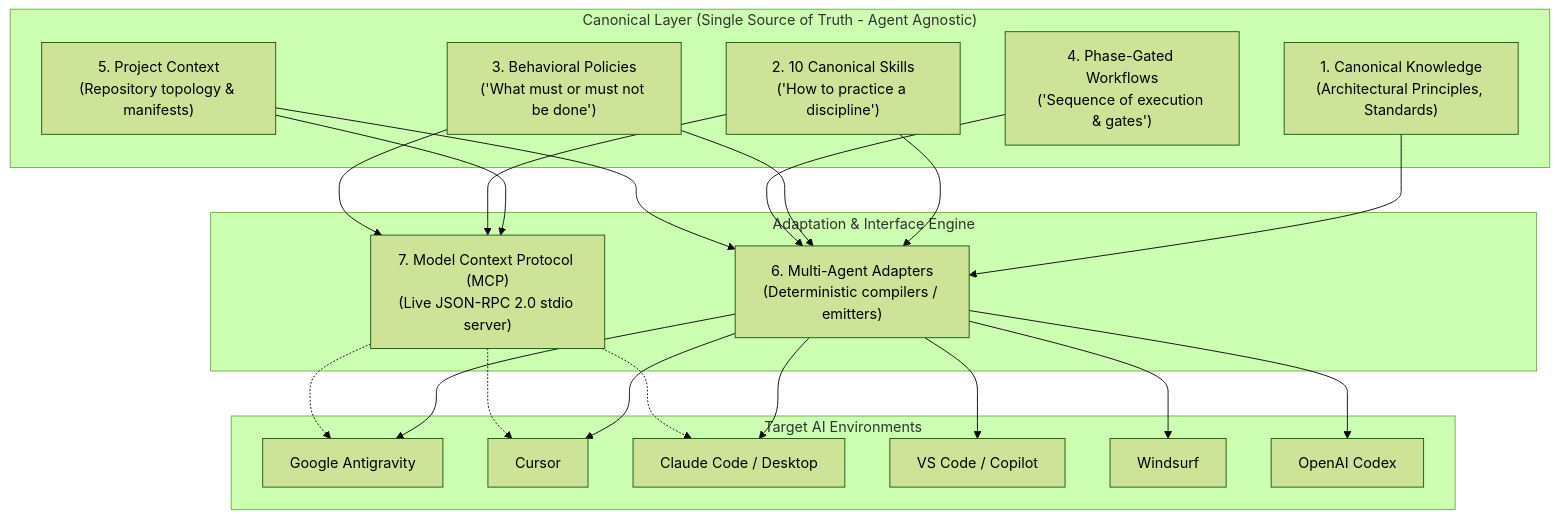
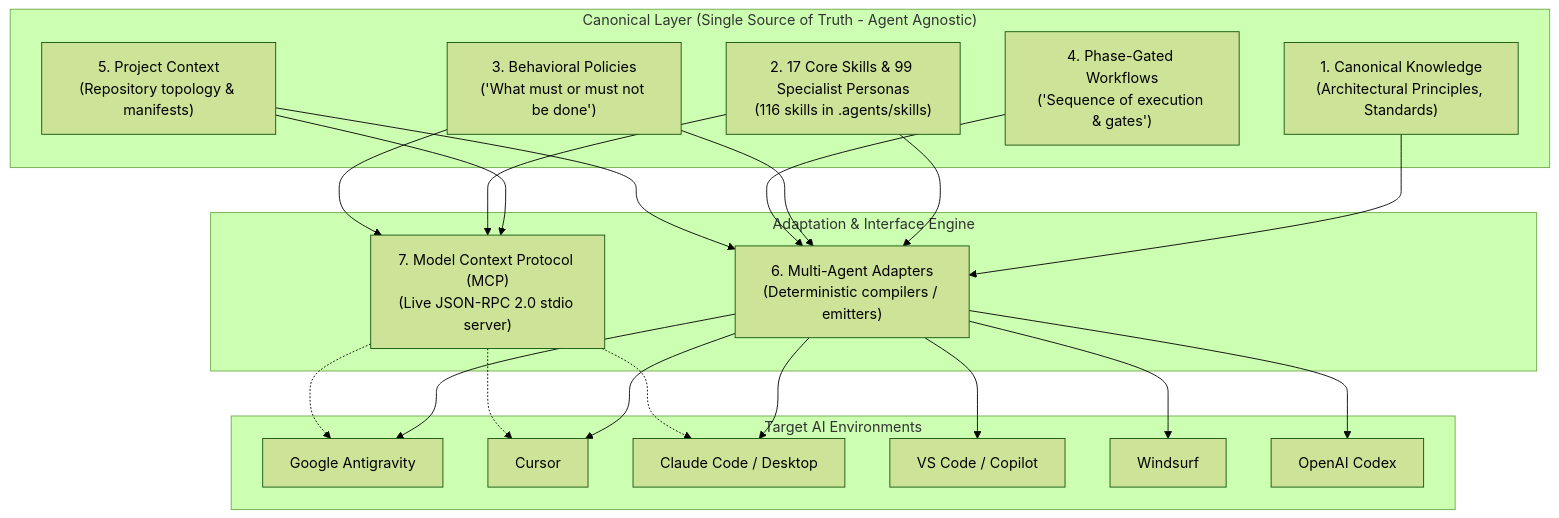
Before and after one commit to sagarithm/sagarithm-kit: the second of 2 diagrams in ARCHITECTURE.md, drawn with Mermaid (forest theme). The commit also changed other lines of this file and 8 other files, not shown here.

````diff
--- a/ARCHITECTURE.md
+++ b/ARCHITECTURE.md
@@ -127,45 +127,45 @@
 ```mermaid
 graph TD
     subgraph Canonical["Canonical Layer (Single Source of Truth - Agent Agnostic)"]
         K["1. Canonical Knowledge<br/>(Architectural Principles, Standards)"]
-        S["2. 10 Canonical Skills<br/>('How to practice a discipline')"]
+        S["2. 17 Core Skills & 99 Specialist Personas<br/>(116 skills in .agents/skills)"]
         P["3. Behavioral Policies<br/>('What must or must not be done')"]
         W["4. Phase-Gated Workflows<br/>('Sequence of execution & gates')"]
         C["5. Project Context<br/>(Repository topology & manifests)"]
     end
 
     subgraph Engine["Adaptation & Interface Engine"]
         A["6. Multi-Agent Adapters<br/>(Deterministic compilers / emitters)"]
         M["7. Model Context Protocol (MCP)<br/>(Live JSON-RPC 2.0 stdio server)"]
     end
 
     subgraph Targets["Target AI Environments"]
         T1["Google Antigravity"]
         T2["Cursor"]
         T3["Claude Code / Desktop"]
         T4["VS Code / Copilot"]
         T5["Windsurf"]
         T6["OpenAI Codex"]
     end
 
     K --> A
     S --> A
     P --> A
     W --> A
     C --> A
 
     C --> M
     S --> M
     P --> M
 
     A --> T1
     A --> T2
     A --> T3
     A --> T4
     A --> T5
     A --> T6
 
     M -.-> T1
     M -.-> T2
     M -.-> T3
 ```
````
